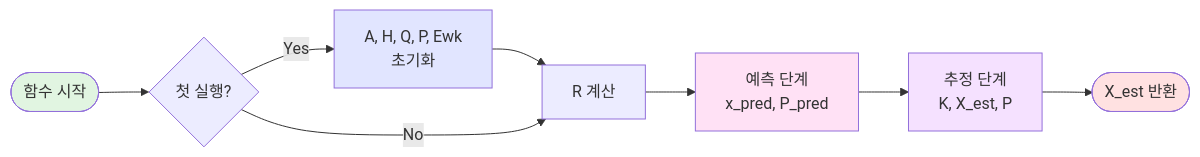
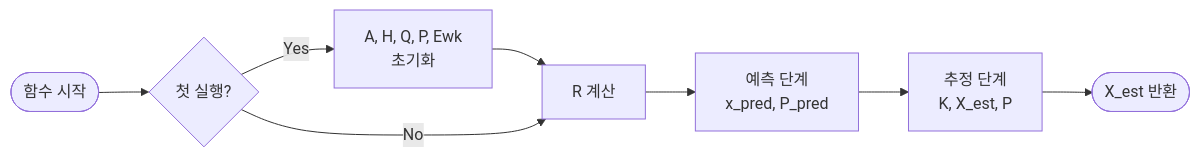
Before and after one commit to Yongseok1221/Kalman_Filter_ToA: the second of 5 diagrams in README.md, drawn with Mermaid. The commit also changed other lines of this file, not shown here.

````diff
--- a/README.md
+++ b/README.md
@@ -35,19 +35,14 @@
 ```mermaid
 flowchart LR
     Start([함수 시작]) --> CheckFirst{첫 실행?}
     
     CheckFirst -->|Yes| Init[A, H, Q, P, Ewk<br/>초기화]
     Init --> CalcR[R 계산]
     
     CheckFirst -->|No| CalcR
     
     CalcR --> Predict[예측 단계<br/>x_pred, P_pred]
     Predict --> Update[추정 단계<br/>K, X_est, P]
     Update --> Return([X_est 반환])
     
-    style Start fill:#e1f5e1
-    style Return fill:#ffe1e1
-    style Init fill:#e1e5ff
-    style Predict fill:#ffe1f5
-    style Update fill:#f5e1ff
 ```
````
